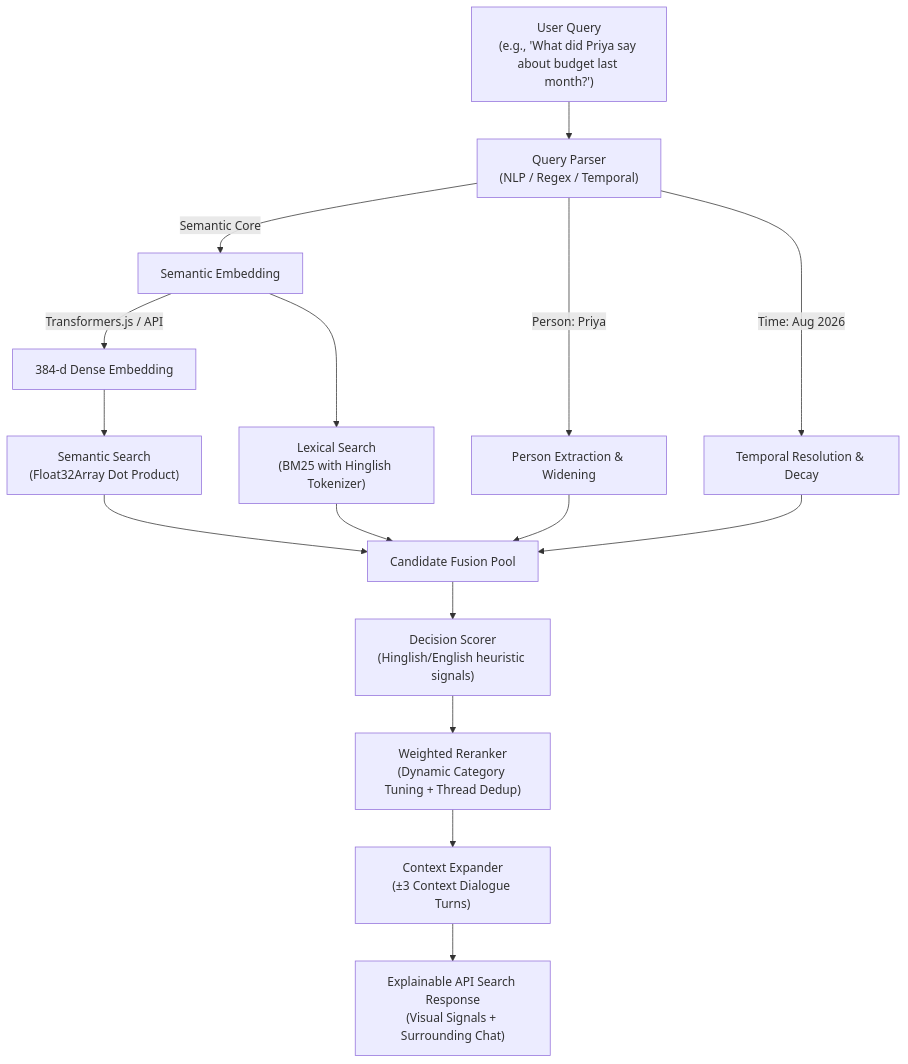
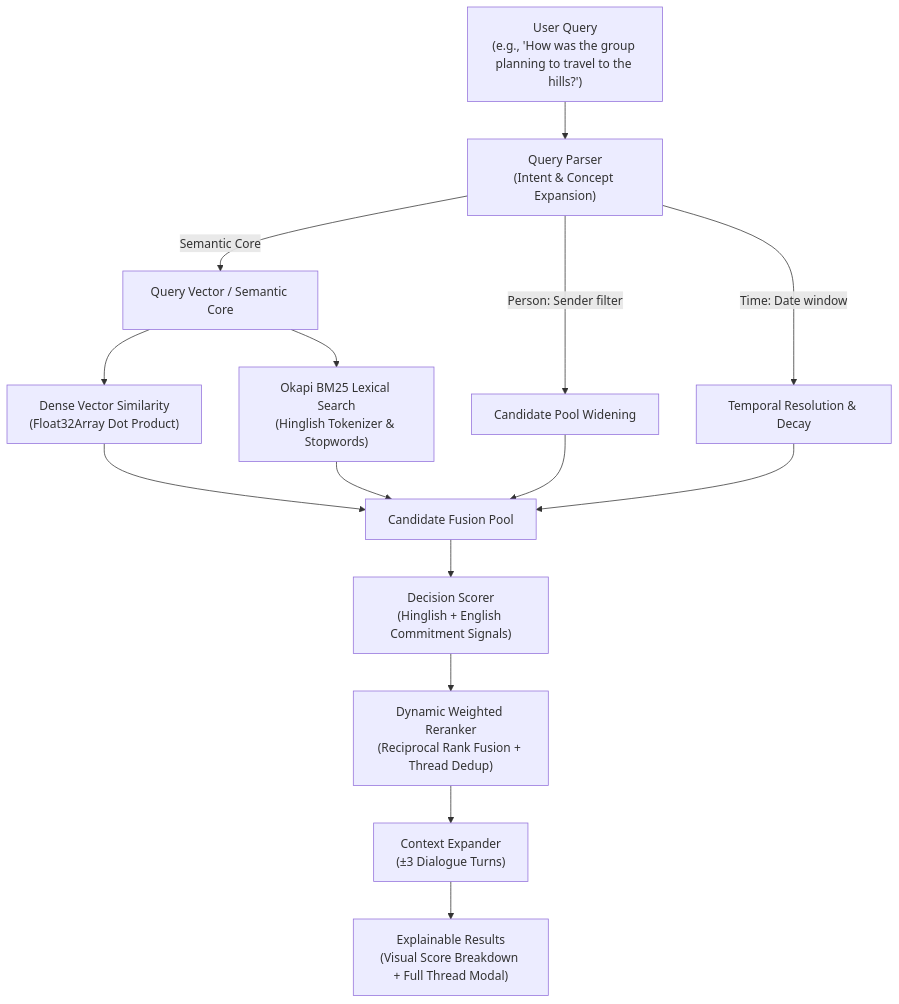
Before and after one commit to Akarshk22/Semantic-Chat-Search: the diagram in README.md, drawn with Mermaid. The commit also changed other lines of this file, not shown here.

Commit message:
docs: Add detailed 'How to Run It' guide and 'What is Mocked vs Real Architecture' section

````diff
--- a/README.md
+++ b/README.md
@@ -37,18 +166,17 @@
 ```mermaid
 flowchart TD
-    Q["User Query\n(e.g., 'What did Priya say about budget last month?')"] --> QP["Query Parser\n(NLP / Regex / Temporal)"]
+    Q["User Query\n(e.g., 'How was the group planning to travel to the hills?')"] --> QP["Query Parser\n(Intent & Concept Expansion)"]
     
-    QP -->|Person: Priya| PF["Person Extraction & Widening"]
-    QP -->|Time: Aug 2026| TF["Temporal Resolution & Decay"]
-    QP -->|Semantic Core| SQ["Semantic Embedding"]
+    QP -->|Person: Sender filter| PF["Candidate Pool Widening"]
+    QP -->|Time: Date window| TF["Temporal Resolution & Decay"]
+    QP -->|Semantic Core| SQ["Query Vector / Semantic Core"]
     
-    SQ -->|Transformers.js / API| VEC["384-d Dense Embedding"]
-    VEC --> SS["Semantic Search\n(Float32Array Dot Product)"]
-    SQ --> BM["Lexical Search\n(BM25 with Hinglish Tokenizer)"]
+    SQ --> SS["Dense Vector Similarity\n(Float32Array Dot Product)"]
+    SQ --> BM["Okapi BM25 Lexical Search\n(Hinglish Tokenizer & Stopwords)"]
     
     SS & BM & PF & TF --> FUSION["Candidate Fusion Pool"]
-    FUSION --> DEC["Decision Scorer\n(Hinglish/English heuristic signals)"]
-    DEC --> RR["Weighted Reranker\n(Dynamic Category Tuning + Thread Dedup)"]
-    RR --> CE["Context Expander\n(±3 Context Dialogue Turns)"]
-    CE --> RES["Explainable API Search Response\n(Visual Signals + Surrounding Chat)"]
+    FUSION --> DEC["Decision Scorer\n(Hinglish + English Commitment Signals)"]
+    DEC --> RR["Dynamic Weighted Reranker\n(Reciprocal Rank Fusion + Thread Dedup)"]
+    RR --> CE["Context Expander\n(±3 Dialogue Turns)"]
+    CE --> RES["Explainable Results\n(Visual Score Breakdown + Full Thread Modal)"]
 ```
````
